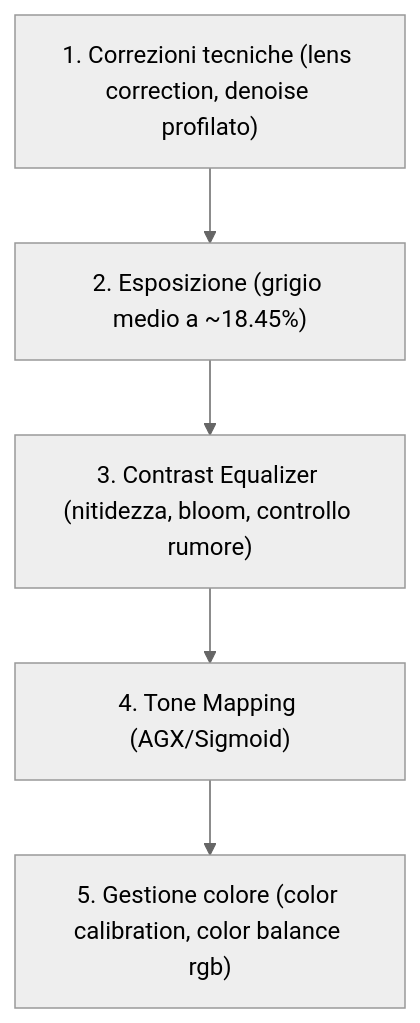
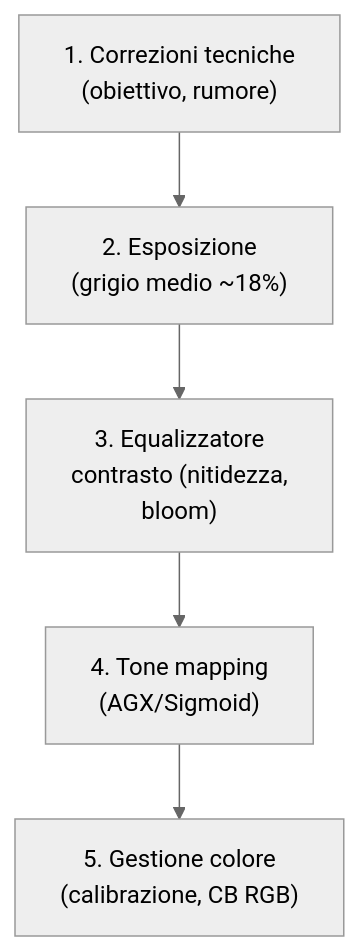
The diagram in docs/modules/contrast-equalizer.md (lorenzoperone/darktable-docs), drawn with Mermaid (neutral theme) before and after one commit. The commit also changed 40 other files, not shown here.

First line of the commit message:
fix: reformatta diagrammi Mermaid — etichette brevi, break line, italiano

````diff
--- a/docs/modules/contrast-equalizer.md
+++ b/docs/modules/contrast-equalizer.md
@@ -34,4 +34,4 @@
 ```mermaid
 flowchart TD
-    A["1. Correzioni tecniche (lens correction, denoise profilato)"] --> B["2. Esposizione (grigio medio a ~18.45%)"] --> C["3. Contrast Equalizer (nitidezza, bloom, controllo rumore)"] --> D["4. Tone Mapping (AGX/Sigmoid)"] --> E["5. Gestione colore (color calibration, color balance rgb)"]
+    A["1. Correzioni tecniche<br/>(obiettivo, rumore)"] --> B["2. Esposizione<br/>(grigio medio ~18%)"] --> C["3. Equalizzatore<br/>contrasto (nitidezza,<br/>bloom)"] --> D["4. Tone mapping<br/>(AGX/Sigmoid)"] --> E["5. Gestione colore<br/>(calibrazione, CB RGB)"]
 ```
````
